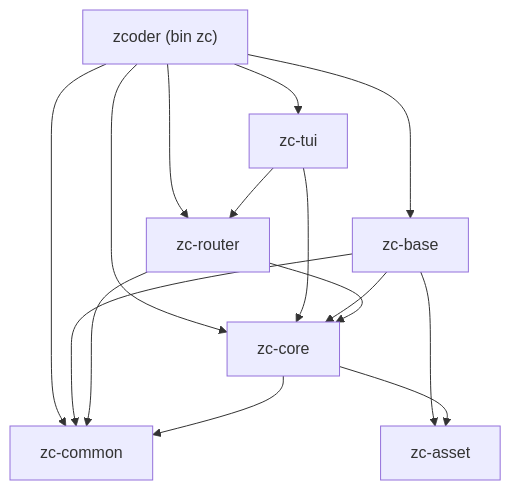
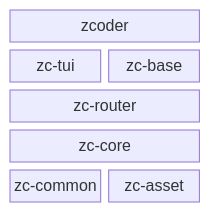
Before and after one commit to zcoder-run/zcoder: the second of 2 diagrams in dev/specs/spec-overview.md, drawn with Mermaid. The commit also changed other lines of this file, not shown here.

Commit message:
. spec cleanup (mermaid cleanup)

````diff
--- a/dev/specs/spec-overview.md
+++ b/dev/specs/spec-overview.md
@@ -26,30 +52,9 @@
 ```mermaid
-flowchart TD
-    Z["zcoder (bin zc)"]
-
-    T["zc-tui"]
-    B["zc-base"]
-    R["zc-router"]
-    C["zc-core"]
-    M["zc-common"]
-    A["zc-asset"]
-
-    Z --> T
-    Z --> B
-    Z --> R
-    Z --> C
-    Z --> M
-
-    T --> R
-    T --> C
-
-    B --> C
-    B --> M
-    B --> A
-
-    R --> C
-    R --> M
-
-    C --> M
-    C --> A
+block-beta
+    columns 2
+    zcoder["zcoder"]:2
+    tui["zc-tui"] base["zc-base"]
+    router["zc-router"]:2
+    core["zc-core"]:2
+    common["zc-common"] asset["zc-asset"]
 ```
````
